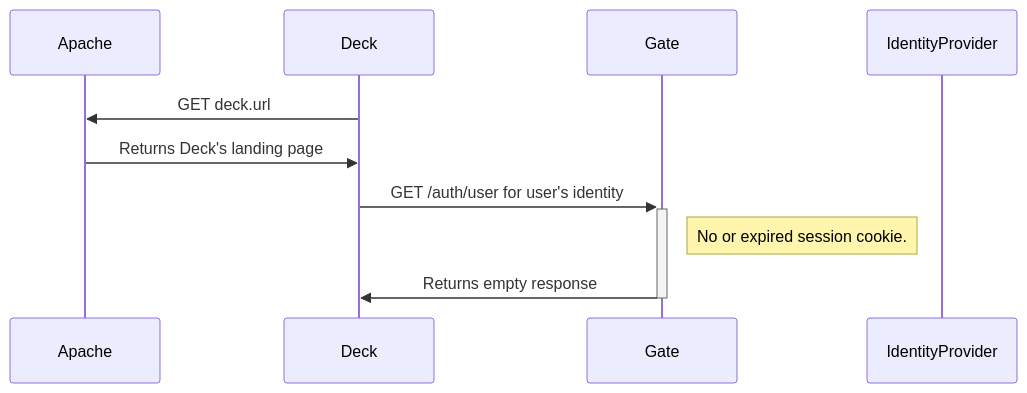
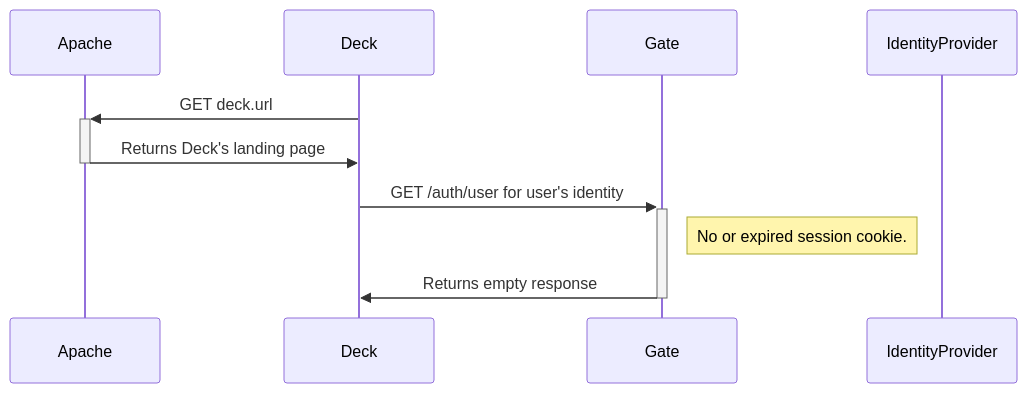
Before and after one commit to spinnaker/spinnaker.github.io: the second of 6 diagrams in setup/security/authentication/index.md, drawn with Mermaid. The commit also changed other lines of this file and 7 other files, not shown here.

```diff
--- a/setup/security/authentication/index.md
+++ b/setup/security/authentication/index.md
@@ -72,15 +72,15 @@
 <div class="mermaid">
     sequenceDiagram
 
     participant Apache
     participant Deck
     participant Gate
     participant IdentityProvider
 
-    Deck->>Apache: GET deck.url
-    Apache->>Deck: Returns Deck's landing page
+    Deck->>+Apache: GET deck.url
+    Apache->>-Deck: Returns Deck's landing page
 
     Deck->>+Gate: GET /auth/user for user's identity
     Note right of Gate: No or expired session cookie.
     Gate->>-Deck: Returns empty response
 </div>
```
